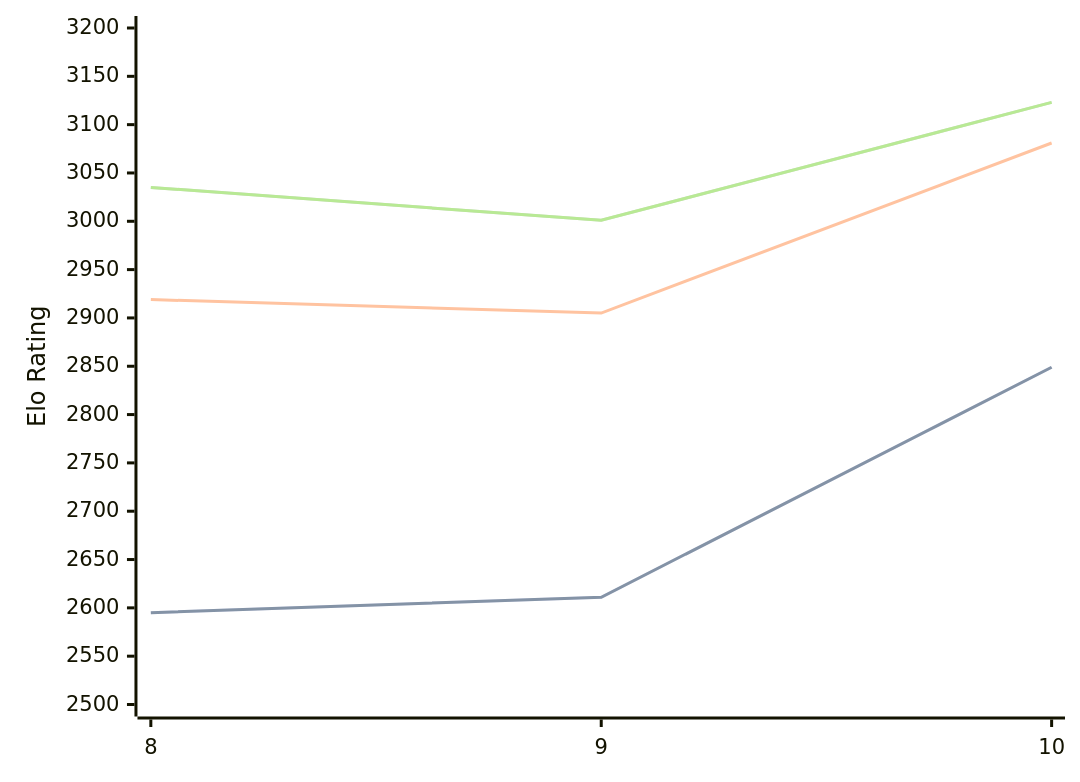
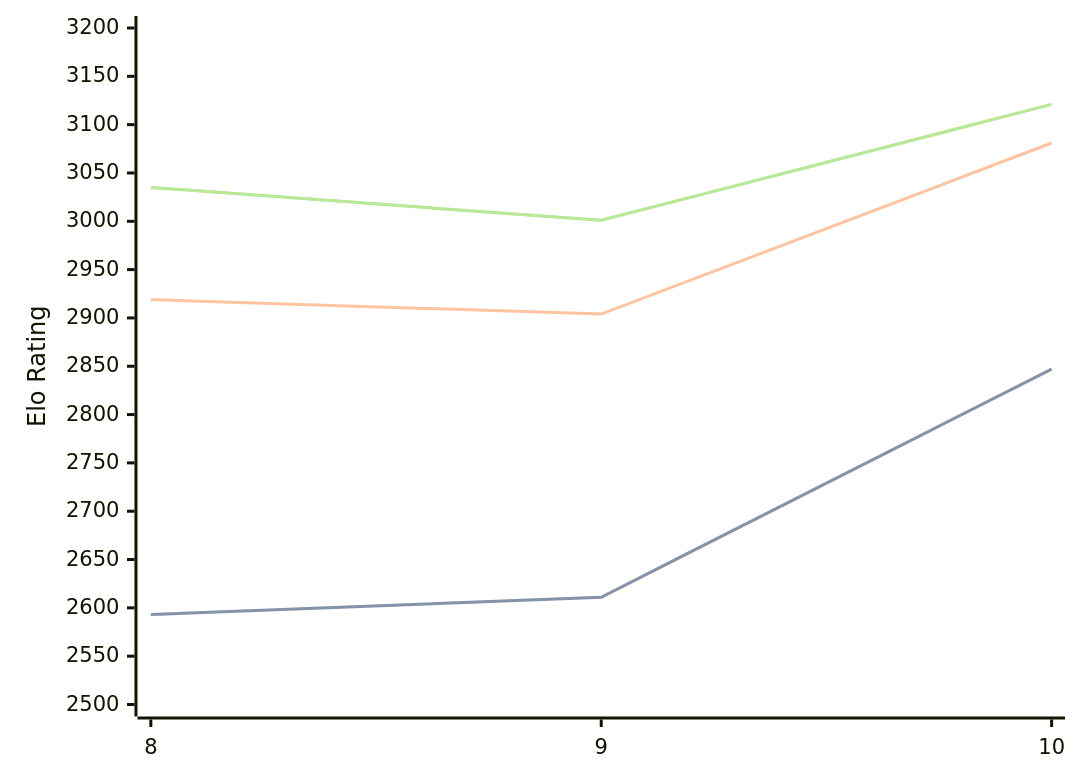
Before and after one commit to computer-chess-index/cci: the diagram in engines/Lozza.md, drawn with Mermaid. The commit also changed other lines of this file, not shown here.

Commit message:
Update CCI Ratings (ELO VLTC) - 2026-09-11

````diff
--- a/engines/Lozza.md
+++ b/engines/Lozza.md
@@ -33,11 +33,11 @@
 ```mermaid
 %%{init: {"theme":"base","themeVariables":{"seriesColors:['#a3a3a3','#222221','#faa371']}}}%%
 xychart-beta
   x-axis ["8", "9", "10"]
   y-axis "Elo Rating" 2500 --> 3200
-  line "" [2595, 2611, 2849]
-  line "STC (8.0+0.08s)" [2595, 2611, 2849]
-  line "LTC (60.0+0.60s)" [2919, 2905, 3081]
-  line "" [3035, 3001, 3123]
-  line "VLTC (2m24s+1.12s)" [3035, 3001, 3123]
+  line "" [2593, 2611, 2847]
+  line "STC (8.0+0.08s)" [2593, 2611, 2847]
+  line "LTC (60.0+0.60s)" [2919, 2904, 3081]
+  line "" [3035, 3001, 3121]
+  line "VLTC (2m24s+1.12s)" [3035, 3001, 3121]
 ```
````
